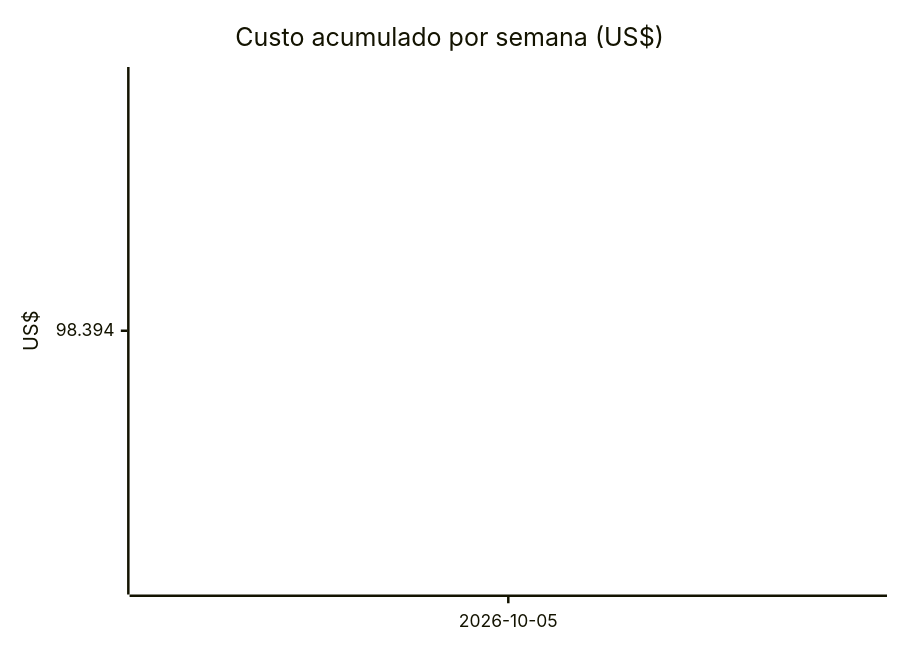
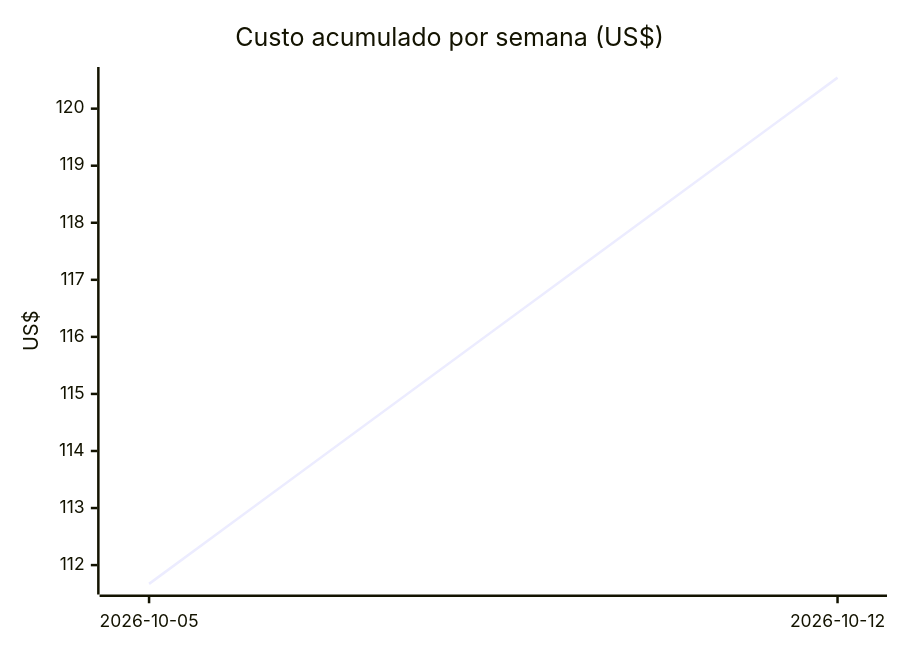
One commit to betoth/cantina changed the second of 2 diagrams in docs/ai-costs.md. Above: the diagram before and after it, drawn with Mermaid. The commit also changed other lines of this file and 36 other files, not shown here.

Commit message:
feat(harness): lean flow with refine grilling, task and retro skills (#18) (#19)

````diff
--- a/docs/ai-costs.md
+++ b/docs/ai-costs.md
@@ -20,7 +20,7 @@
 ```mermaid
 xychart-beta
     title "Custo acumulado por semana (US$)"
-    x-axis ["2026-10-05"]
+    x-axis ["2026-10-05", "2026-10-12"]
     y-axis "US$"
-    line [98.3940]
+    line [111.6709, 120.5437]
 ```
````
